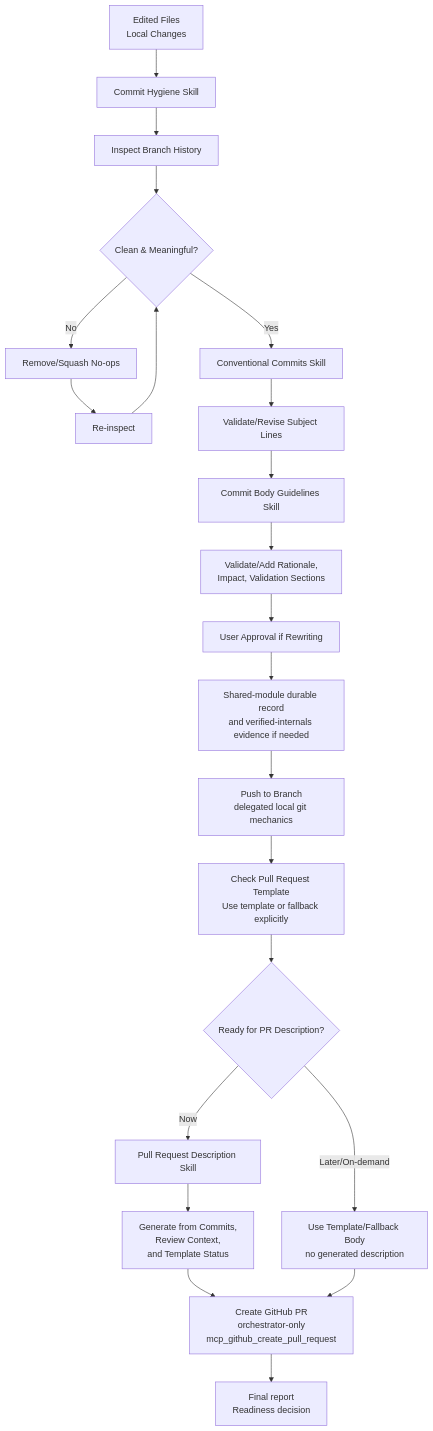
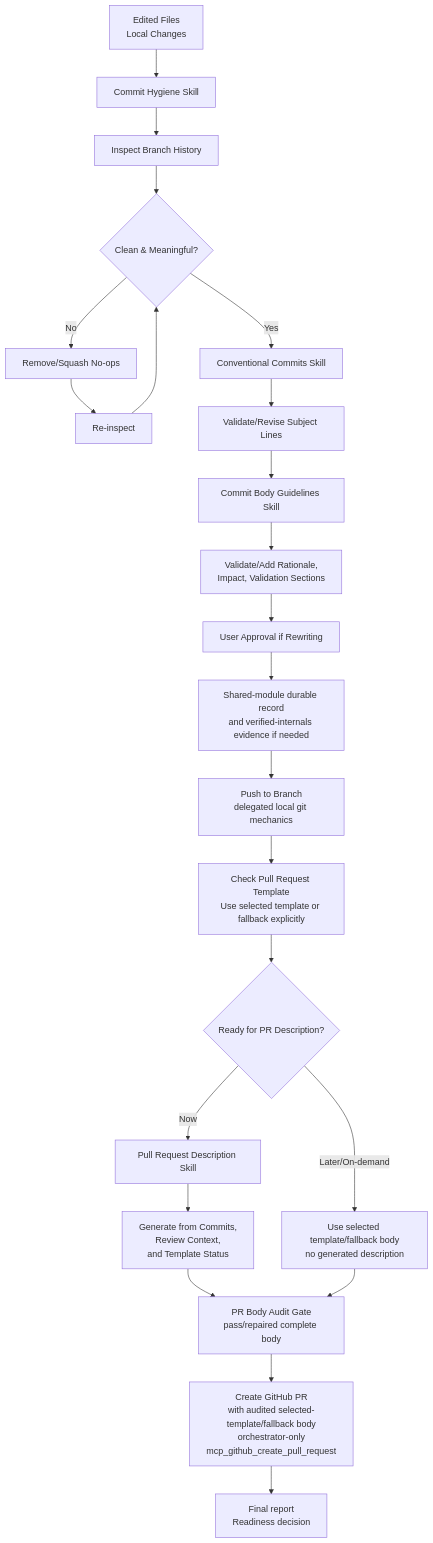
The seventh of 7 diagrams in agentic-engineering/docs/README.md (sjinks/agentic-engineering-pack), drawn with Mermaid before and after one commit. The commit also changed other lines of this file and 9 other files, not shown here.

````diff
--- a/agentic-engineering/docs/README.md
+++ b/agentic-engineering/docs/README.md
@@ -290,24 +294,25 @@
 ```mermaid
 graph TD
     A["Edited Files<br/>Local Changes"] --> B["Commit Hygiene Skill"]
     B --> C["Inspect Branch History"]
     C --> D{Clean & Meaningful?}
     D -->|No| E["Remove/Squash No-ops"]
     E --> F["Re-inspect"]
     F --> D
     D -->|Yes| G["Conventional Commits Skill"]
     G --> H["Validate/Revise Subject Lines"]
     H --> I["Commit Body Guidelines Skill"]
     I --> J["Validate/Add Rationale,<br/>Impact, Validation Sections"]
     J --> K["User Approval if Rewriting"]
     K --> L["Shared-module durable record<br/>and verified-internals evidence if needed"]
     L --> M["Push to Branch<br/>delegated local git mechanics"]
-    M --> N["Check Pull Request Template<br/>Use template or fallback explicitly"]
+    M --> N["Check Pull Request Template<br/>Use selected template or fallback explicitly"]
     N --> O{Ready for PR Description?}
-    O -->|Later/On-demand| P["Use Template/Fallback Body<br/>no generated description"]
+    O -->|Later/On-demand| P["Use selected template/fallback body<br/>no generated description"]
     O -->|Now| Q["Pull Request Description Skill"]
     Q --> R["Generate from Commits,<br/>Review Context,<br/>and Template Status"]
-    R --> S["Create GitHub PR<br/>orchestrator-only<br/>mcp_github_create_pull_request"]
+    R --> S["PR Body Audit Gate<br/>pass/repaired complete body"]
     P --> S
-    S --> T["Final report<br/>Readiness decision"]
+    S --> T["Create GitHub PR<br/>with audited selected-template/fallback body<br/>orchestrator-only<br/>mcp_github_create_pull_request"]
+    T --> U["Final report<br/>Readiness decision"]
 ```
````
